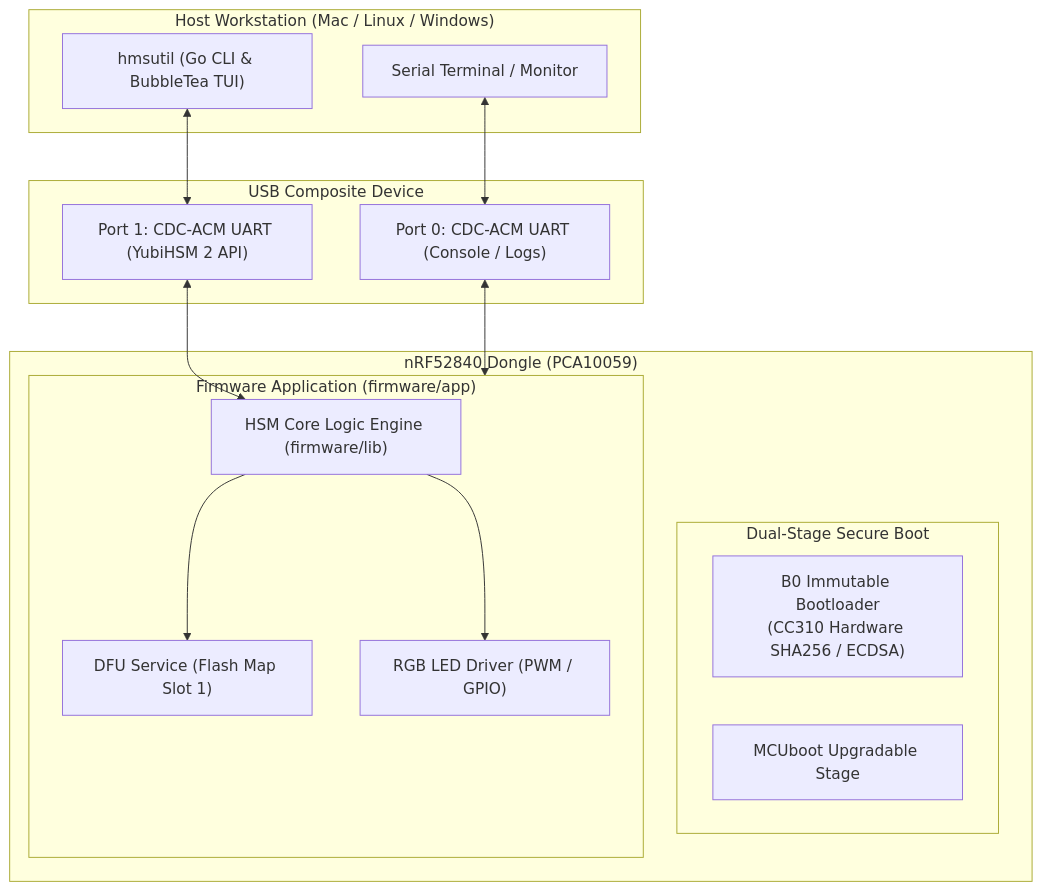
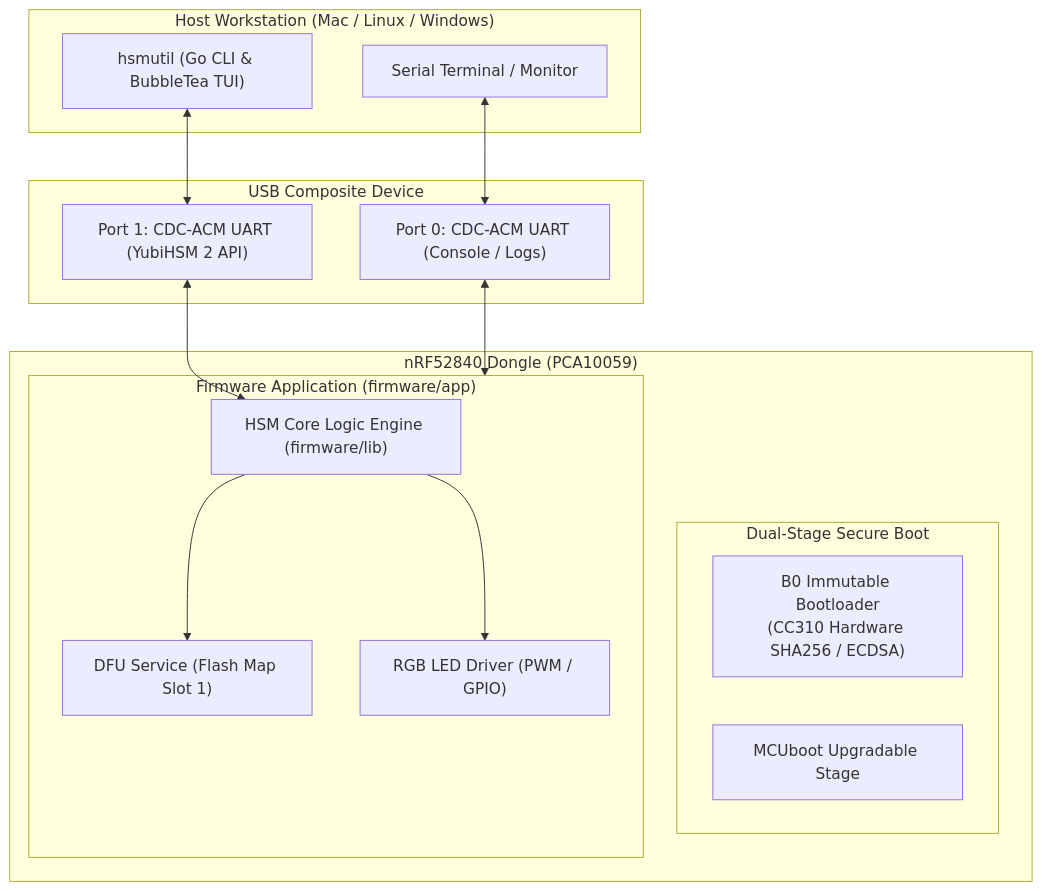
One commit to gpfister/hsm-obsidian changed the diagram in Architecture/System Architecture.md. Above: the diagram before and after it, drawn with Mermaid. The commit also changed other lines of this file and 4 other files, not shown here.

````diff
--- a/Architecture/System Architecture.md
+++ b/Architecture/System Architecture.md
@@ -14,32 +14,32 @@
 ```mermaid
 graph TD
     subgraph Host ["Host Workstation (Mac / Linux / Windows)"]
-        CLI["hmsutil (Go CLI & BubbleTea TUI)"]
+        CLI["hsmutil (Go CLI & BubbleTea TUI)"]
         CONSOLE["Serial Terminal / Monitor"]
     end
 
     subgraph USB ["USB Composite Device"]
         CDC0["Port 0: CDC-ACM UART (Console / Logs)"]
         CDC1["Port 1: CDC-ACM UART (YubiHSM 2 API)"]
     end
 
     subgraph Dongle ["nRF52840 Dongle (PCA10059)"]
         subgraph Boot ["Dual-Stage Secure Boot"]
             B0["B0 Immutable Bootloader\n(CC310 Hardware SHA256 / ECDSA)"]
             MCUBOOT["MCUboot Upgradable Stage"]
         end
 
         subgraph Firmware ["Firmware Application (firmware/app)"]
             CORE["HSM Core Logic Engine (firmware/lib)"]
             DFU["DFU Service (Flash Map Slot 1)"]
             LED["RGB LED Driver (PWM / GPIO)"]
         end
     end
 
     CONSOLE <--> CDC0
     CLI <--> CDC1
     CDC0 <--> Firmware
     CDC1 <--> CORE
     CORE --> LED
     CORE --> DFU
 ```
````
